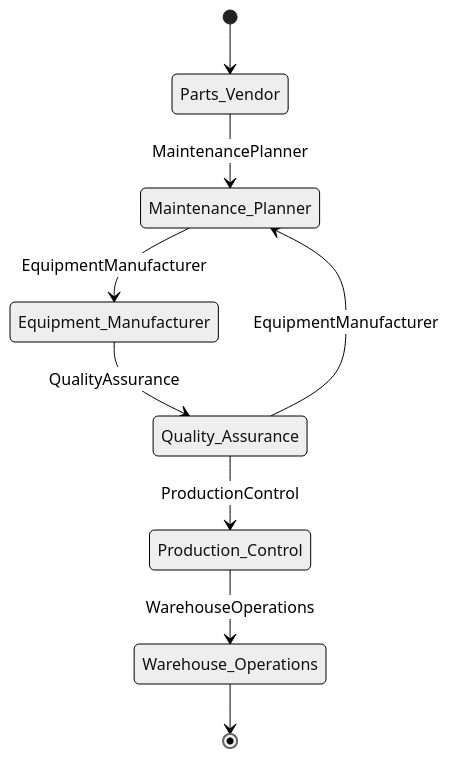
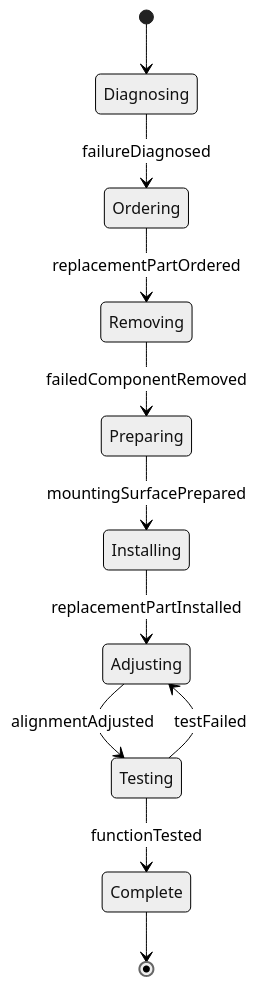
One commit to dot-org-ai/tasks.org.ai changed the second of 4 diagrams in HandlingAndMovingObjects/AssembleEquipmentOrComponents/InstallMachineEquipmentReplacementParts.mdx. Above: the diagram before and after it, drawn with Mermaid (neutral theme). The commit also changed other lines of this file and 515 other files, not shown here.

````diff
--- a/HandlingAndMovingObjects/AssembleEquipmentOrComponents/InstallMachineEquipmentReplacementParts.mdx
+++ b/HandlingAndMovingObjects/AssembleEquipmentOrComponents/InstallMachineEquipmentReplacementParts.mdx
@@ -101,11 +99,13 @@
 ```mermaid
 stateDiagram-v2
-    [*] --> Parts_Vendor
-    Parts_Vendor --> Maintenance_Planner: MaintenancePlanner
-    Maintenance_Planner --> Equipment_Manufacturer: EquipmentManufacturer
-    Equipment_Manufacturer --> Quality_Assurance: QualityAssurance
-    Quality_Assurance --> Production_Control: ProductionControl
-    Production_Control --> Warehouse_Operations: WarehouseOperations
-    Quality_Assurance --> Maintenance_Planner: EquipmentManufacturer
-    Warehouse_Operations --> [*]
+    [*] --> Diagnosing
+    Diagnosing --> Ordering : failureDiagnosed
+    Ordering --> Removing : replacementPartOrdered
+    Removing --> Preparing : failedComponentRemoved
+    Preparing --> Installing : mountingSurfacePrepared
+    Installing --> Adjusting : replacementPartInstalled
+    Adjusting --> Testing : alignmentAdjusted
+    Testing --> Complete : functionTested
+    Testing --> Adjusting : testFailed
+    Complete --> [*]
 ```
````
